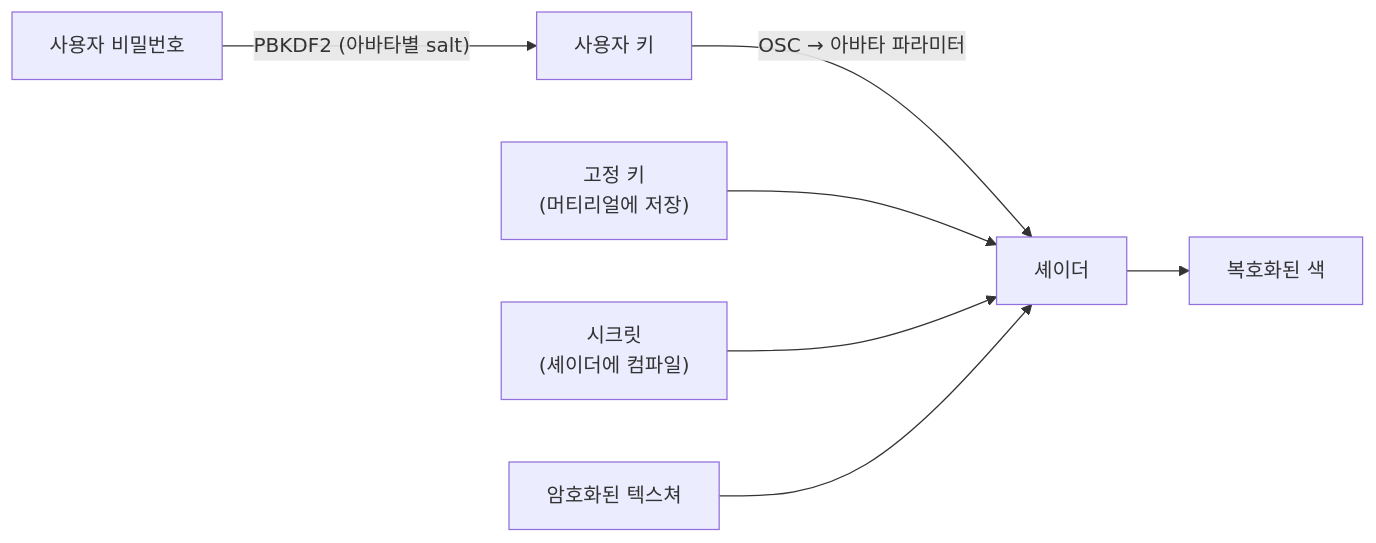
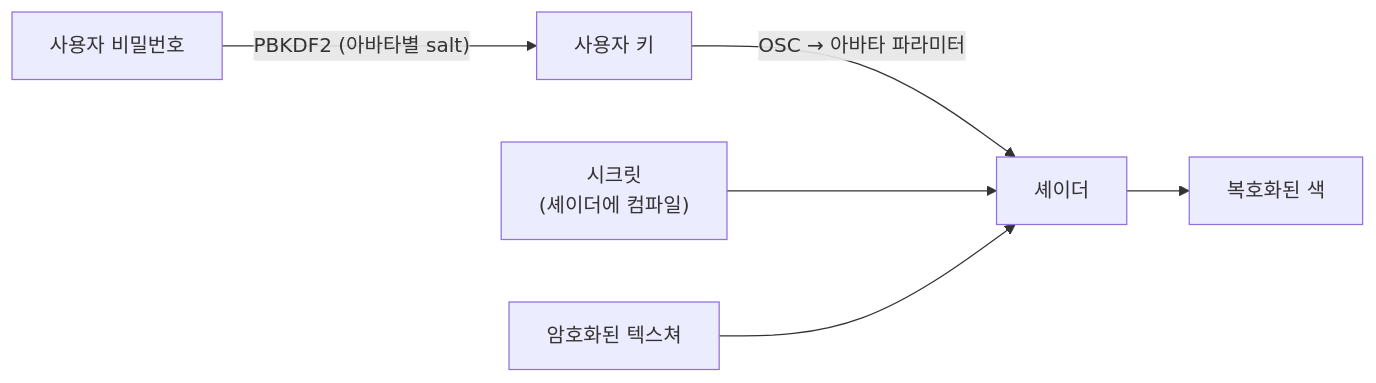
Before and after one commit to Shell4026/ShellProtector: the diagram in HOW_IT_WORKS.md, drawn with Mermaid. The commit also changed other lines of this file and 7 other files, not shown here.

````diff
--- a/HOW_IT_WORKS.md
+++ b/HOW_IT_WORKS.md
@@ -22,9 +22,8 @@
 ```mermaid
 flowchart LR
     PW["사용자 비밀번호"] -->|"PBKDF2 (아바타별 salt)"| UK["사용자 키"]
     UK -->|"OSC → 아바타 파라미터"| SH["셰이더"]
-    FK["고정 키<br/>(머티리얼에 저장)"] --> SH
     SC["시크릿<br/>(셰이더에 컴파일)"] --> SH
     TX["암호화된 텍스쳐"] --> SH
     SH --> OUT["복호화된 색"]
 ```
````
